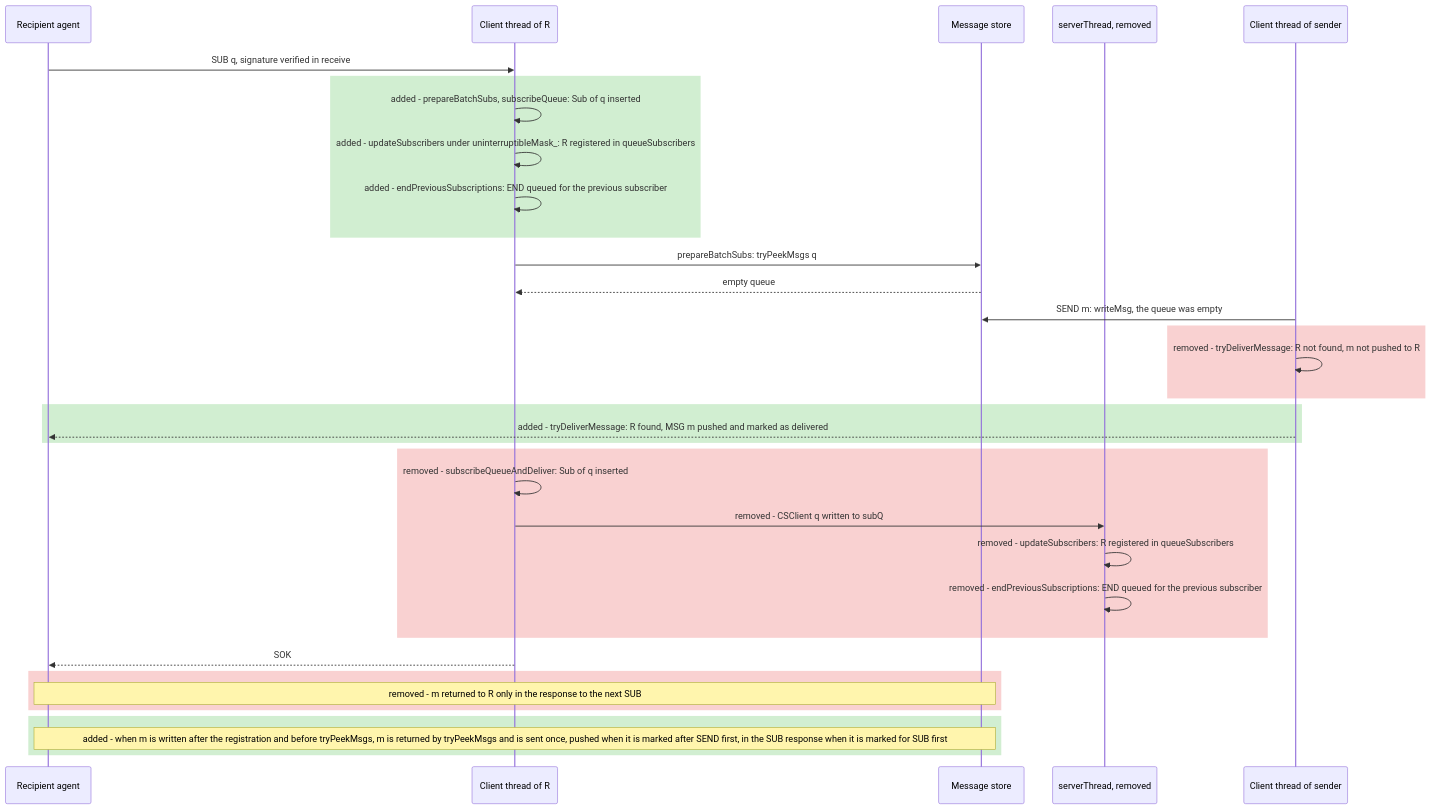
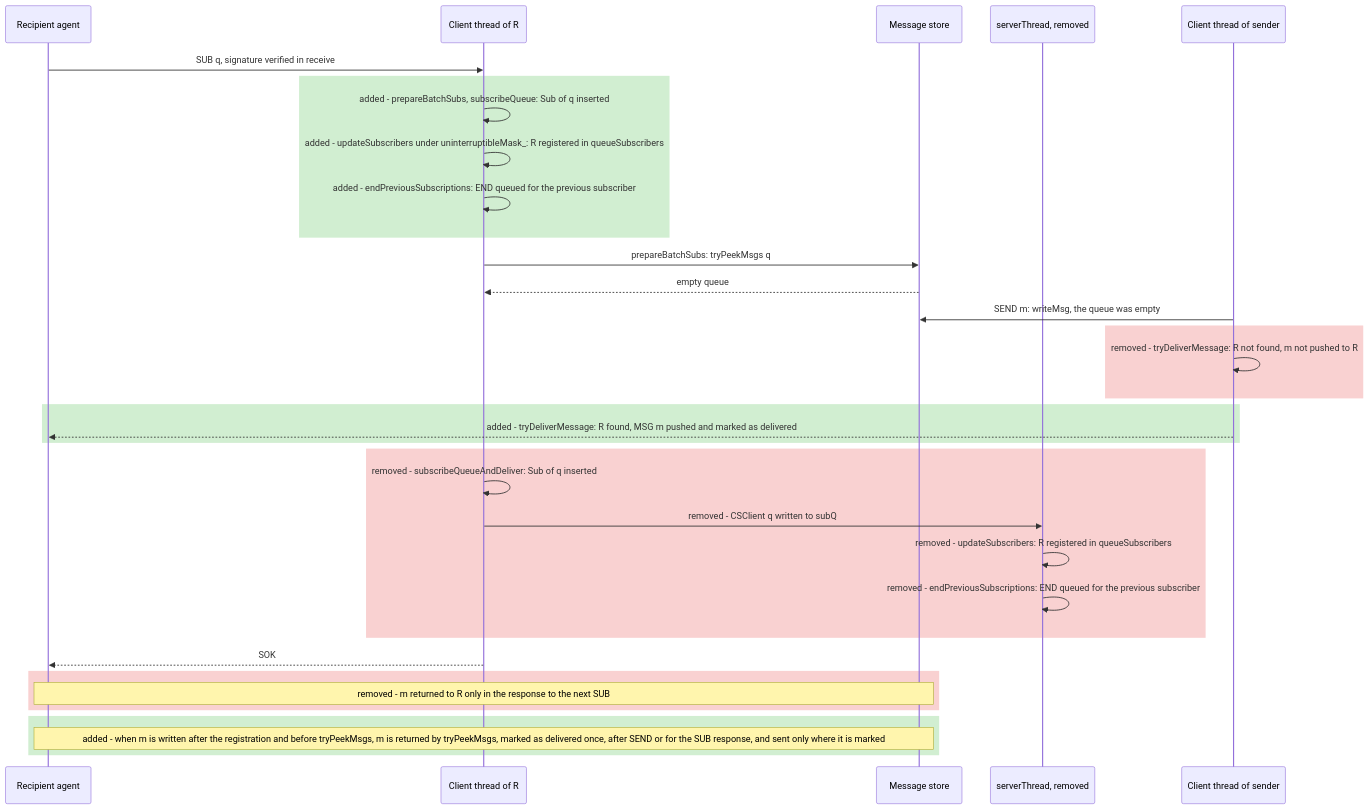
Before and after one commit to simplex-chat/simplexmq: the second of 6 diagrams in plans/2026-10-31-sub-register-first.md, drawn with Mermaid. The commit also changed other lines of this file, not shown here.

Commit message:
plans: duplicate SUB with SEND, service counts before and after the change

````diff
--- a/plans/2026-10-31-sub-register-first.md
+++ b/plans/2026-10-31-sub-register-first.md
@@ -66,36 +69,36 @@
 ```mermaid
 sequenceDiagram
     participant R as Recipient agent
     participant C as Client thread of R
     participant Q as Message store
     participant T as serverThread, removed
     participant S as Client thread of sender
     R->>C: SUB q, signature verified in receive
     rect rgba(0, 160, 0, 0.18)
         C->>C: added - prepareBatchSubs, subscribeQueue: Sub of q inserted
         C->>C: added - updateSubscribers under uninterruptibleMask_: R registered in queueSubscribers
         C->>C: added - endPreviousSubscriptions: END queued for the previous subscriber
     end
     C->>Q: prepareBatchSubs: tryPeekMsgs q
     Q-->>C: empty queue
     S->>Q: SEND m: writeMsg, the queue was empty
     rect rgba(220, 0, 0, 0.18)
         S->>S: removed - tryDeliverMessage: R not found, m not pushed to R
     end
     rect rgba(0, 160, 0, 0.18)
         S-->>R: added - tryDeliverMessage: R found, MSG m pushed and marked as delivered
     end
     rect rgba(220, 0, 0, 0.18)
         C->>C: removed - subscribeQueueAndDeliver: Sub of q inserted
         C->>T: removed - CSClient q written to subQ
         T->>T: removed - updateSubscribers: R registered in queueSubscribers
         T->>T: removed - endPreviousSubscriptions: END queued for the previous subscriber
     end
     C-->>R: SOK
     rect rgba(220, 0, 0, 0.18)
         Note over R,Q: removed - m returned to R only in the response to the next SUB
     end
     rect rgba(0, 160, 0, 0.18)
-        Note over R,Q: added - when m is written after the registration and before tryPeekMsgs, m is returned by tryPeekMsgs and is sent once, pushed when it is marked after SEND first, in the SUB response when it is marked for SUB first
+        Note over R,Q: added - when m is written after the registration and before tryPeekMsgs, m is returned by tryPeekMsgs, marked as delivered once, after SEND or for the SUB response, and sent only where it is marked
     end
 ```
````
